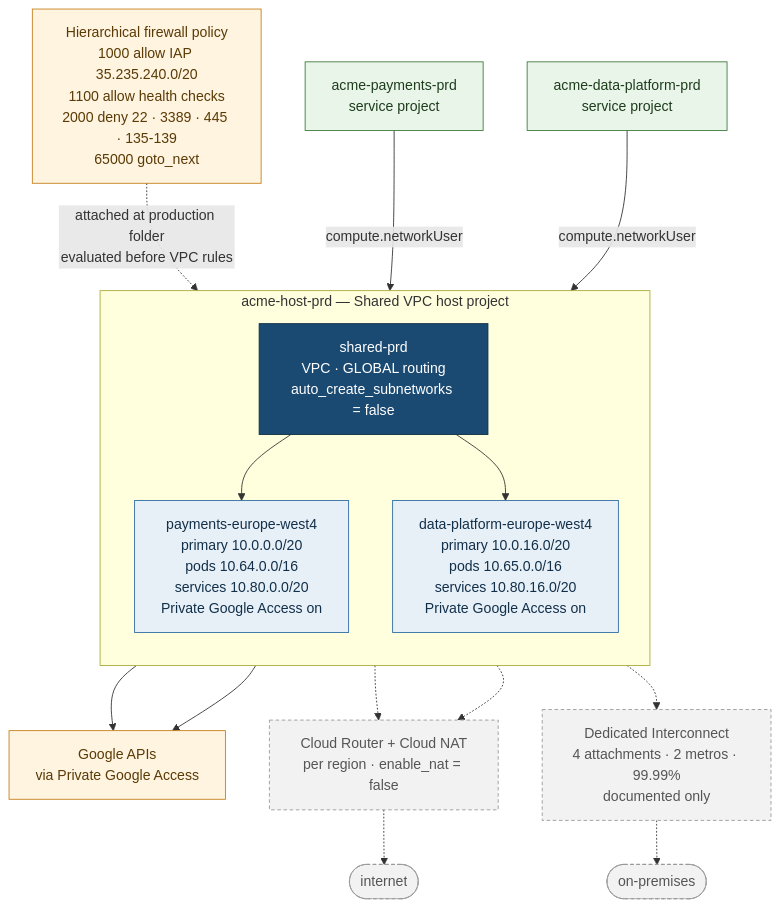
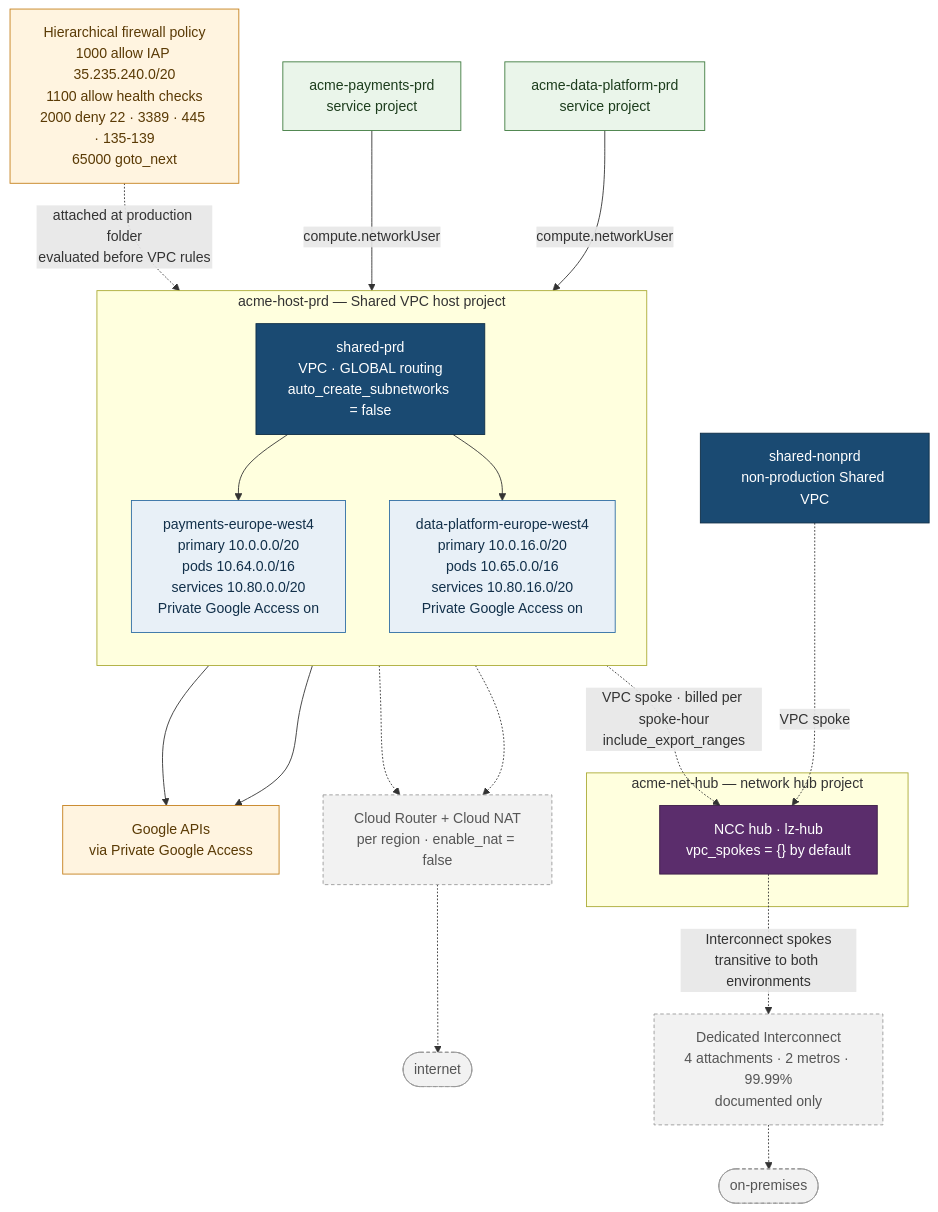
The diagram in docs/diagrams/network.mmd (carol-frl/gcp-landing-zone-terraform), drawn with Mermaid before and after one commit. The commit also changed 24 other files, not shown here.

```diff
--- a/docs/diagrams/network.mmd
+++ b/docs/diagrams/network.mmd
@@ -1,46 +1,56 @@
-%% Shared VPC topology, production. non-production is identical with
-%% 10.1.x / 10.96.x / 10.112.x ranges and its own host project.
-%% Source: modules/shared-vpc, modules/project-factory, teams/teams.yaml
+%% Shared VPC topology plus the NCC transit hub.
+%% Production shown; non-production is identical with 10.1.x / 10.96.x /
+%% 10.112.x ranges, its own host project, and its own spoke on the same hub.
+%% Source: modules/shared-vpc, modules/ncc-hub, modules/project-factory,
+%%         teams/teams.yaml
 %% Dashed = not provisioned by default.
 
 flowchart TB
   FW["Hierarchical firewall policy<br/>1000 allow IAP 35.235.240.0/20<br/>1100 allow health checks<br/>2000 deny 22 · 3389 · 445 · 135-139<br/>65000 goto_next"]
 
   SP1["acme-payments-prd<br/>service project"]
   SP2["acme-data-platform-prd<br/>service project"]
 
   subgraph HOST["acme-host-prd — Shared VPC host project"]
     direction TB
     NET["shared-prd<br/>VPC · GLOBAL routing<br/>auto_create_subnetworks = false"]
     SUB1["payments-europe-west4<br/>primary 10.0.0.0/20<br/>pods 10.64.0.0/16<br/>services 10.80.0.0/20<br/>Private Google Access on"]
     SUB2["data-platform-europe-west4<br/>primary 10.0.16.0/20<br/>pods 10.65.0.0/16<br/>services 10.80.16.0/20<br/>Private Google Access on"]
     NET --> SUB1
     NET --> SUB2
   end
 
   FW -.->|attached at production folder<br/>evaluated before VPC rules| NET
 
   SP1 -->|compute.networkUser| SUB1
   SP2 -->|compute.networkUser| SUB2
 
   SUB1 --> GAPI["Google APIs<br/>via Private Google Access"]
   SUB2 --> GAPI
 
   SUB1 -.-> NAT["Cloud Router + Cloud NAT<br/>per region · enable_nat = false"]
   SUB2 -.-> NAT
   NAT -.-> INET(["internet"])
 
-  NET -.-> ICON["Dedicated Interconnect<br/>4 attachments · 2 metros · 99.99%<br/>documented only"]
+  subgraph HUBP["acme-net-hub — network hub project"]
+    HUB["NCC hub · lz-hub<br/>vpc_spokes = {} by default"]
+  end
+
+  NET -.->|VPC spoke · billed per spoke-hour<br/>include_export_ranges| HUB
+  NPRD["shared-nonprd<br/>non-production Shared VPC"] -.->|VPC spoke| HUB
+  HUB -.->|Interconnect spokes<br/>transitive to both environments| ICON["Dedicated Interconnect<br/>4 attachments · 2 metros · 99.99%<br/>documented only"]
   ICON -.-> ONPREM(["on-premises"])
 
   classDef host fill:#1a4a72,stroke:#0d2c45,color:#fff
   classDef subnet fill:#e8f0f7,stroke:#2d6ca3,color:#12304a
   classDef svc fill:#eaf5ea,stroke:#3d7a3d,color:#1d3d1d
   classDef policy fill:#fff4e0,stroke:#c47f1a,color:#5a3a05
+  classDef hub fill:#5b2d6c,stroke:#3a1c46,color:#fff
   classDef off fill:#f2f2f2,stroke:#999,color:#555,stroke-dasharray:4 3
 
-  class NET host
+  class NET,NPRD host
   class SUB1,SUB2 subnet
   class SP1,SP2 svc
   class FW,GAPI policy
+  class HUB hub
   class NAT,ICON,INET,ONPREM off
```
